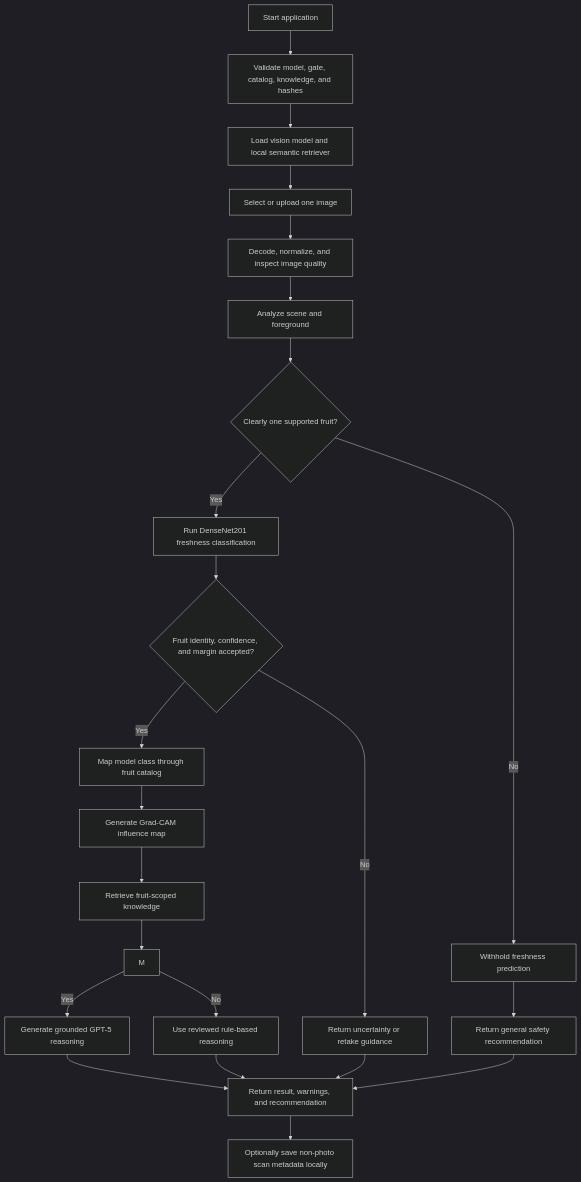
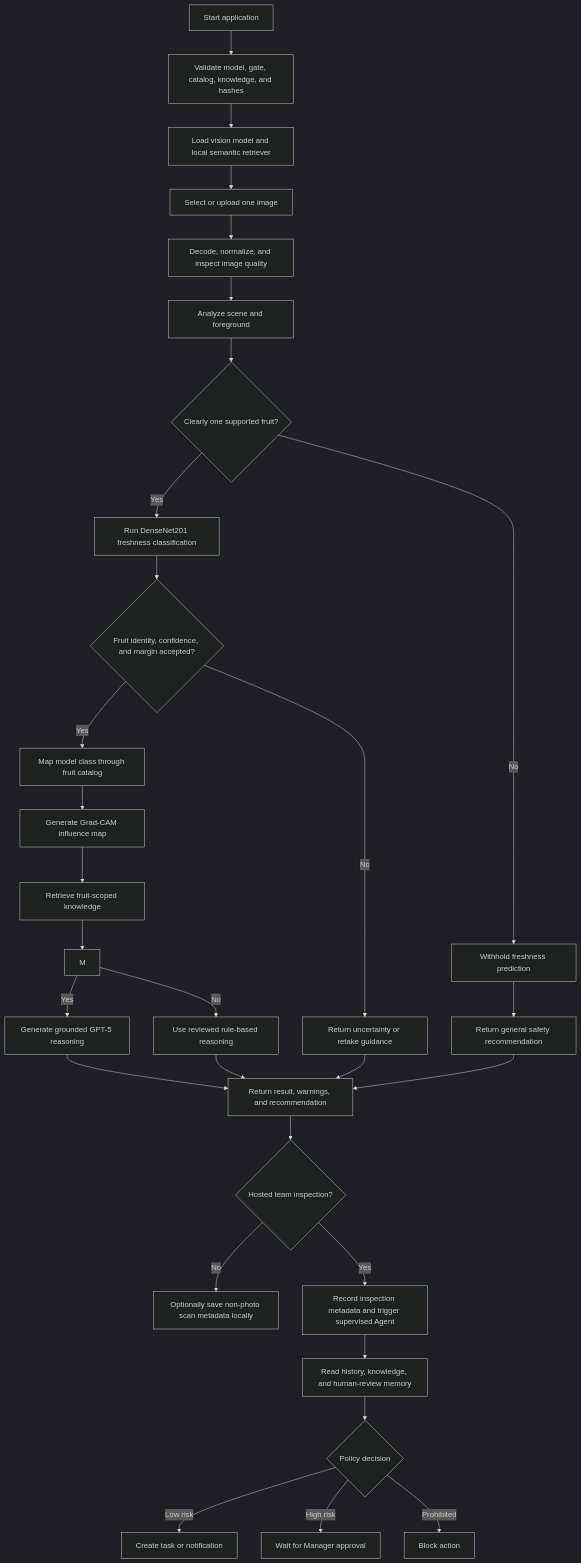
The diagram in README.md (yyq8548/FreshSenseAI--app), drawn with Mermaid (dark theme) before and after one commit. The commit also changed other lines of this file and 18 other files, not shown here.

First line of the commit message:
Add supervised inspection agent workflows (#12)

````diff
--- a/README.md
+++ b/README.md
@@ -180,25 +181,32 @@
 ```mermaid
 flowchart TD
     A["Start application"] --> B["Validate model, gate, catalog, knowledge, and hashes"]
     B --> C["Load vision model and local semantic retriever"]
     C --> D["Select or upload one image"]
     D --> E["Decode, normalize, and inspect image quality"]
     E --> F["Analyze scene and foreground"]
     F --> G{"Clearly one supported fruit?"}
     G -- "No" --> I["Withhold freshness prediction"]
     I --> U["Return general safety recommendation"]
     G -- "Yes" --> H["Run DenseNet201 freshness classification"]
     H --> R{"Fruit identity, confidence, and margin accepted?"}
     R -- "No" --> T["Return uncertainty or retake guidance"]
     R -- "Yes" --> K["Map model class through fruit catalog"]
     K --> X["Generate Grad-CAM influence map"]
     X --> L["Retrieve fruit-scoped knowledge"]
     L --> M
     M -- "Yes" --> N["Generate grounded GPT-5 reasoning"]
     M -- "No" --> O["Use reviewed rule-based reasoning"]
     N --> P["Return result, warnings, and recommendation"]
     O --> P
     T --> P
     U --> P
-    P --> Q["Optionally save non-photo scan metadata locally"]
+    P --> Q{"Hosted team inspection?"}
+    Q -- "No" --> QA["Optionally save non-photo scan metadata locally"]
+    Q -- "Yes" --> QB["Record inspection metadata and trigger supervised Agent"]
+    QB --> QC["Read history, knowledge, and human-review memory"]
+    QC --> QD{"Policy decision"}
+    QD -- "Low risk" --> QE["Create task or notification"]
+    QD -- "High risk" --> QF["Wait for Manager approval"]
+    QD -- "Prohibited" --> QG["Block action"]
 ```
````
